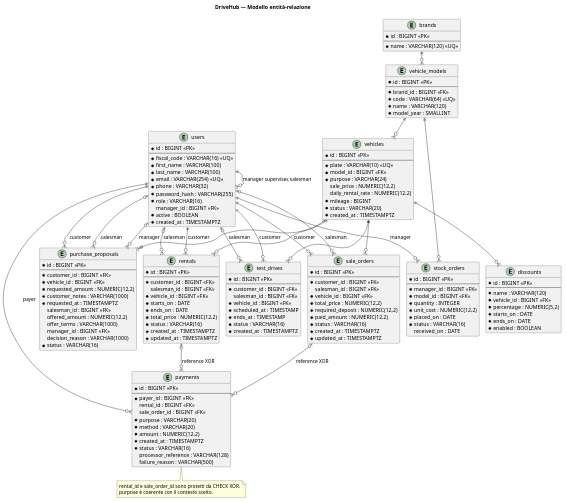
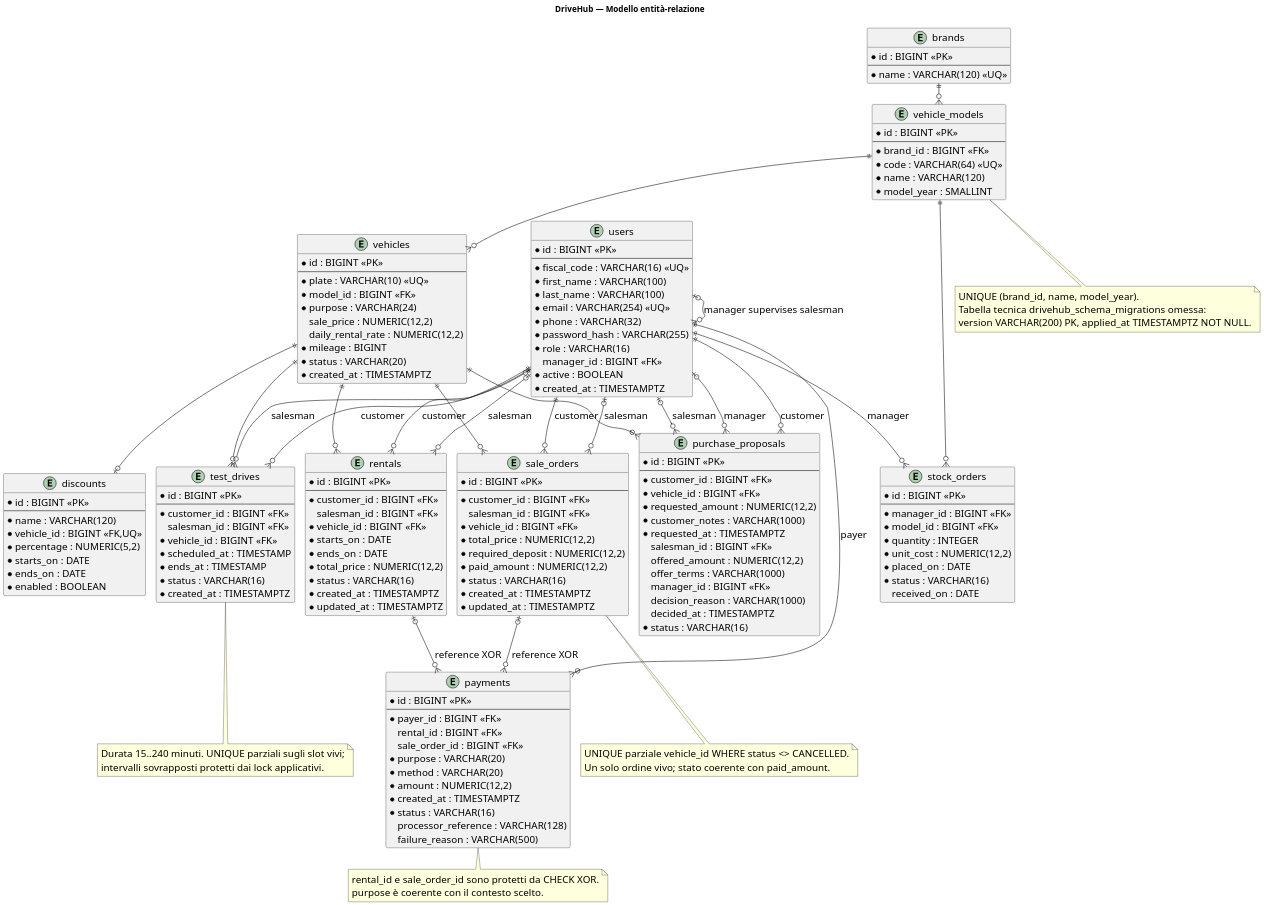
The diagram in DriveHub/docs/diagrams/er-diagram.puml (fededamo/SWE), drawn with PlantUML before and after one commit. The commit also changed 210 other files, not shown here.

```diff
--- a/DriveHub/docs/diagrams/er-diagram.puml
+++ b/DriveHub/docs/diagrams/er-diagram.puml
@@ -1,171 +1,187 @@
 @startuml
 !pragma layout smetana
 title DriveHub — Modello entità-relazione
 hide methods
 skinparam shadowing false
+skinparam defaultFontSize 17
+skinparam dpi 150
 
 entity "users" as users {
   * id : BIGINT <<PK>>
   --
   * fiscal_code : VARCHAR(16) <<UQ>>
   * first_name : VARCHAR(100)
   * last_name : VARCHAR(100)
   * email : VARCHAR(254) <<UQ>>
   * phone : VARCHAR(32)
   * password_hash : VARCHAR(255)
   * role : VARCHAR(16)
   manager_id : BIGINT <<FK>>
   * active : BOOLEAN
   * created_at : TIMESTAMPTZ
 }
 
 entity "brands" as brands {
   * id : BIGINT <<PK>>
   --
   * name : VARCHAR(120) <<UQ>>
 }
 
 entity "vehicle_models" as vehicle_models {
   * id : BIGINT <<PK>>
   --
   * brand_id : BIGINT <<FK>>
   * code : VARCHAR(64) <<UQ>>
   * name : VARCHAR(120)
   * model_year : SMALLINT
 }
 
 entity "vehicles" as vehicles {
   * id : BIGINT <<PK>>
   --
   * plate : VARCHAR(10) <<UQ>>
   * model_id : BIGINT <<FK>>
   * purpose : VARCHAR(24)
   sale_price : NUMERIC(12,2)
   daily_rental_rate : NUMERIC(12,2)
   * mileage : BIGINT
   * status : VARCHAR(20)
   * created_at : TIMESTAMPTZ
 }
 
 entity "discounts" as discounts {
   * id : BIGINT <<PK>>
   --
   * name : VARCHAR(120)
-  * vehicle_id : BIGINT <<FK>>
+  * vehicle_id : BIGINT <<FK,UQ>>
   * percentage : NUMERIC(5,2)
   * starts_on : DATE
   * ends_on : DATE
   * enabled : BOOLEAN
 }
 
 entity "rentals" as rentals {
   * id : BIGINT <<PK>>
   --
   * customer_id : BIGINT <<FK>>
   salesman_id : BIGINT <<FK>>
   * vehicle_id : BIGINT <<FK>>
   * starts_on : DATE
   * ends_on : DATE
   * total_price : NUMERIC(12,2)
   * status : VARCHAR(16)
   * created_at : TIMESTAMPTZ
   * updated_at : TIMESTAMPTZ
 }
 
 entity "test_drives" as test_drives {
   * id : BIGINT <<PK>>
   --
   * customer_id : BIGINT <<FK>>
   salesman_id : BIGINT <<FK>>
   * vehicle_id : BIGINT <<FK>>
   * scheduled_at : TIMESTAMP
   * ends_at : TIMESTAMP
   * status : VARCHAR(16)
   * created_at : TIMESTAMPTZ
 }
 
 entity "sale_orders" as sale_orders {
   * id : BIGINT <<PK>>
   --
   * customer_id : BIGINT <<FK>>
   salesman_id : BIGINT <<FK>>
   * vehicle_id : BIGINT <<FK>>
   * total_price : NUMERIC(12,2)
   * required_deposit : NUMERIC(12,2)
   * paid_amount : NUMERIC(12,2)
   * status : VARCHAR(16)
   * created_at : TIMESTAMPTZ
   * updated_at : TIMESTAMPTZ
 }
 
 entity "payments" as payments {
   * id : BIGINT <<PK>>
   --
   * payer_id : BIGINT <<FK>>
   rental_id : BIGINT <<FK>>
   sale_order_id : BIGINT <<FK>>
   * purpose : VARCHAR(20)
   * method : VARCHAR(20)
   * amount : NUMERIC(12,2)
   * created_at : TIMESTAMPTZ
   * status : VARCHAR(16)
   processor_reference : VARCHAR(128)
   failure_reason : VARCHAR(500)
 }
 
 entity "purchase_proposals" as purchase_proposals {
   * id : BIGINT <<PK>>
   --
   * customer_id : BIGINT <<FK>>
   * vehicle_id : BIGINT <<FK>>
   * requested_amount : NUMERIC(12,2)
   * customer_notes : VARCHAR(1000)
   * requested_at : TIMESTAMPTZ
   salesman_id : BIGINT <<FK>>
   offered_amount : NUMERIC(12,2)
   offer_terms : VARCHAR(1000)
   manager_id : BIGINT <<FK>>
   decision_reason : VARCHAR(1000)
+  decided_at : TIMESTAMPTZ
   * status : VARCHAR(16)
 }
 
 entity "stock_orders" as stock_orders {
   * id : BIGINT <<PK>>
   --
   * manager_id : BIGINT <<FK>>
   * model_id : BIGINT <<FK>>
   * quantity : INTEGER
   * unit_cost : NUMERIC(12,2)
   * placed_on : DATE
   * status : VARCHAR(16)
   received_on : DATE
 }
 
-users ||--o{ users : manager supervises salesman
+users |o--o{ users : manager supervises salesman
 brands ||--o{ vehicle_models
 vehicle_models ||--o{ vehicles
-vehicles ||--o{ discounts
+vehicles ||--o| discounts
 users ||--o{ rentals : customer
 users |o--o{ rentals : salesman
 vehicles ||--o{ rentals
 users ||--o{ test_drives : customer
 users |o--o{ test_drives : salesman
 vehicles ||--o{ test_drives
 users ||--o{ sale_orders : customer
 users |o--o{ sale_orders : salesman
 vehicles ||--o{ sale_orders
 users ||--o{ payments : payer
 rentals |o--o{ payments : reference XOR
 sale_orders |o--o{ payments : reference XOR
 users ||--o{ purchase_proposals : customer
 users |o--o{ purchase_proposals : salesman
 users |o--o{ purchase_proposals : manager
 vehicles ||--o{ purchase_proposals
 users ||--o{ stock_orders : manager
 vehicle_models ||--o{ stock_orders
 
 note bottom of payments
   rental_id e sale_order_id sono protetti da CHECK XOR.
   purpose è coerente con il contesto scelto.
 end note
+note bottom of sale_orders
+  UNIQUE parziale vehicle_id WHERE status <> CANCELLED.
+  Un solo ordine vivo; stato coerente con paid_amount.
+end note
+note bottom of test_drives
+  Durata 15..240 minuti. UNIQUE parziali sugli slot vivi;
+  intervalli sovrapposti protetti dai lock applicativi.
+end note
+note bottom of vehicle_models
+  UNIQUE (brand_id, name, model_year).
+  Tabella tecnica drivehub_schema_migrations omessa:
+  version VARCHAR(200) PK, applied_at TIMESTAMPTZ NOT NULL.
+end note
 @enduml
```
